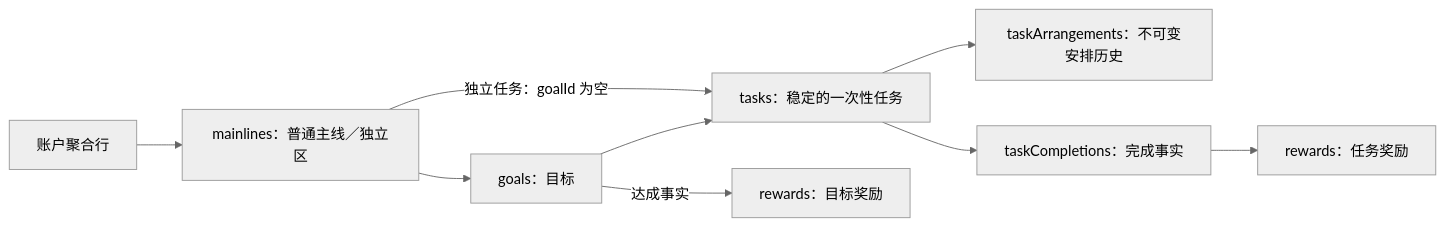
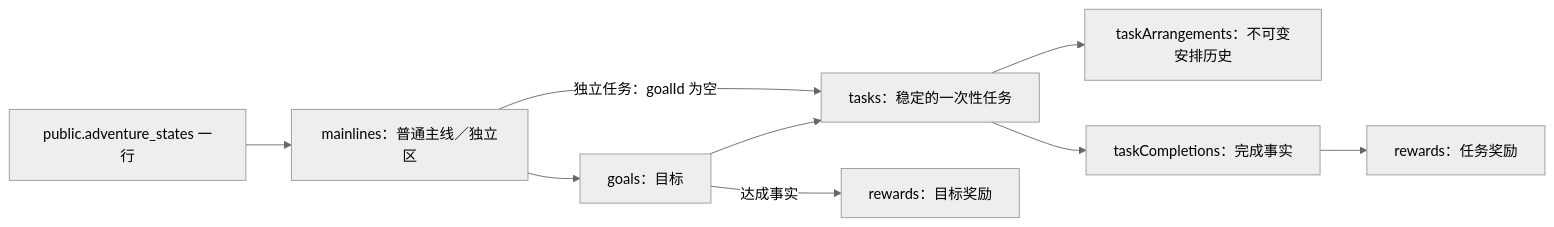
The diagram in docs/adventure/backend-database.md (PancrasDuan/lifespace), drawn with Mermaid (neutral theme) before and after one commit. The commit also changed other lines of this file, not shown here.

Commit message:
docs: clarify adventure table and nested record types (#53)

````diff
--- a/docs/adventure/backend-database.md
+++ b/docs/adventure/backend-database.md
@@ -29,11 +47,11 @@
 ```mermaid
 flowchart LR
-    Row["账户聚合行"] --> M["mainlines：普通主线／独立区"]
+    Row["public.adventure_states 一行"] --> M["mainlines：普通主线／独立区"]
     M --> G["goals：目标"]
     G --> T["tasks：稳定的一次性任务"]
     M -->|"独立任务：goalId 为空"| T
     T --> A["taskArrangements：不可变安排历史"]
     T --> C["taskCompletions：完成事实"]
     C --> R["rewards：任务奖励"]
     G -->|"达成事实"| R2["rewards：目标奖励"]
 ```
````
